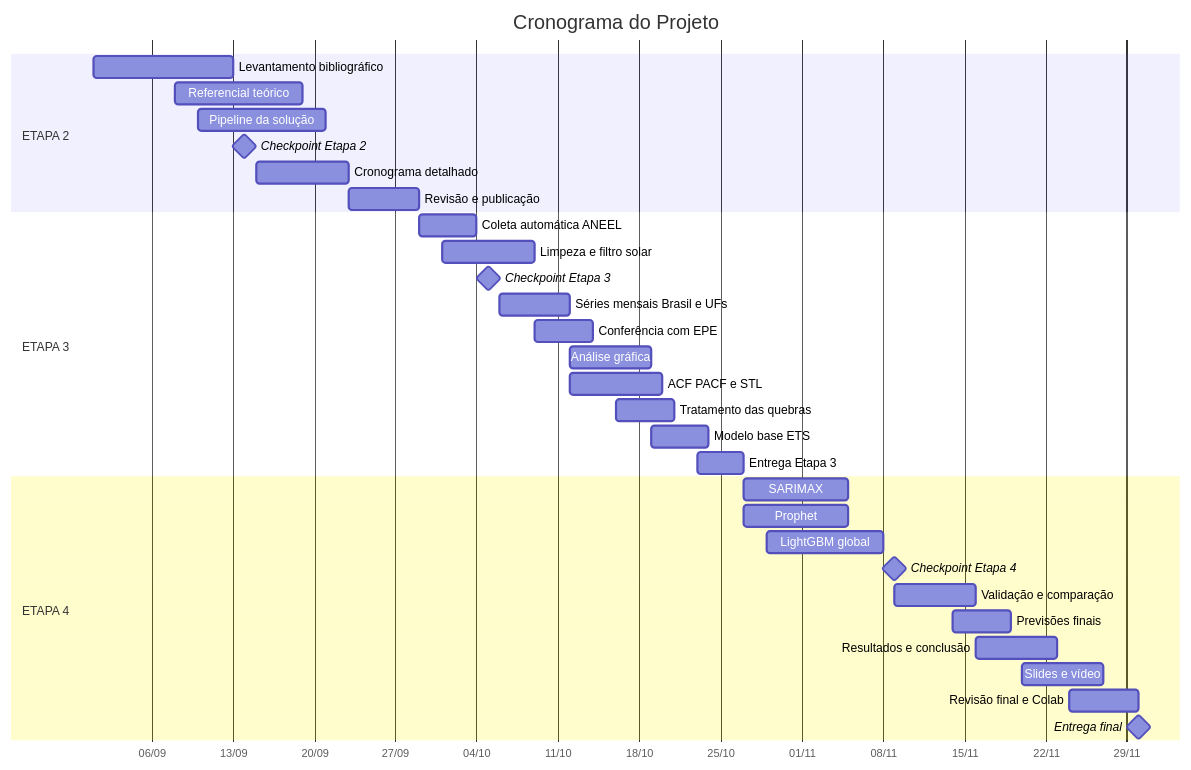
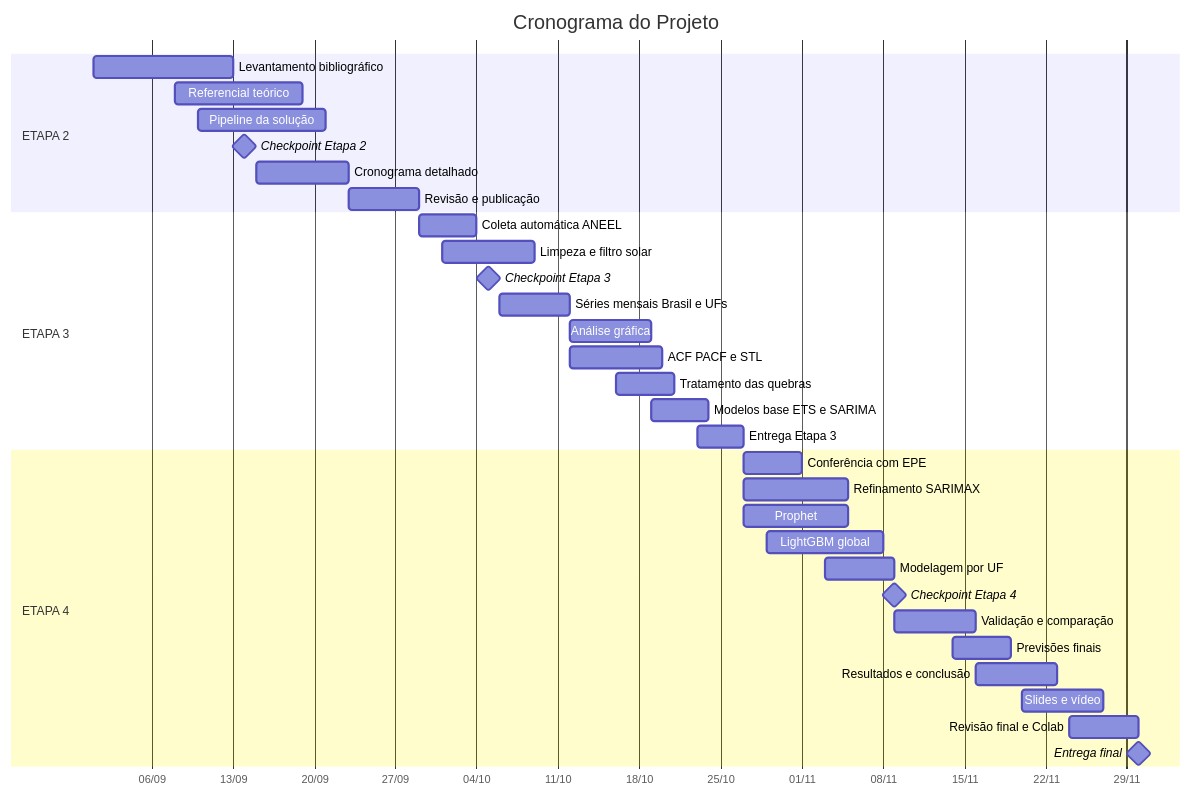
The diagram in Cronograma.md (EnzoFerroni/projeto-aplicado-iv-energia-solar), drawn with Mermaid before and after one commit. The commit also changed other lines of this file and 19 other files, not shown here.

Commit message:
feat: etapa 3 - EDA, pré-processamento e modelos base (ETS e SARIMA)

````diff
--- a/Cronograma.md
+++ b/Cronograma.md
@@ -56,35 +57,36 @@
 ```mermaid
 gantt
     title Cronograma do Projeto
     dateFormat  YYYY-MM-DD
     axisFormat  %d/%m
     section ETAPA 2
     Levantamento bibliográfico :2026-09-01, 12d
     Referencial teórico :2026-09-08, 11d
     Pipeline da solução :2026-09-10, 11d
     Checkpoint Etapa 2 :milestone, 2026-09-14, 0d
     Cronograma detalhado :2026-09-15, 8d
     Revisão e publicação :2026-09-23, 6d
     section ETAPA 3
     Coleta automática ANEEL :2026-09-29, 5d
     Limpeza e filtro solar :2026-10-01, 8d
     Checkpoint Etapa 3 :milestone, 2026-10-05, 0d
     Séries mensais Brasil e UFs :2026-10-06, 6d
-    Conferência com EPE :2026-10-09, 5d
     Análise gráfica :2026-10-12, 7d
     ACF PACF e STL :2026-10-12, 8d
     Tratamento das quebras :2026-10-16, 5d
-    Modelo base ETS :2026-10-19, 5d
+    Modelos base ETS e SARIMA :2026-10-19, 5d
     Entrega Etapa 3 :2026-10-23, 4d
     section ETAPA 4
-    SARIMAX :2026-10-27, 9d
+    Conferência com EPE :2026-10-27, 5d
+    Refinamento SARIMAX :2026-10-27, 9d
     Prophet :2026-10-27, 9d
     LightGBM global :2026-10-29, 10d
+    Modelagem por UF :2026-11-03, 6d
     Checkpoint Etapa 4 :milestone, 2026-11-09, 0d
     Validação e comparação :2026-11-09, 7d
     Previsões finais :2026-11-14, 5d
     Resultados e conclusão :2026-11-16, 7d
     Slides e vídeo :2026-11-20, 7d
     Revisão final e Colab :2026-11-24, 6d
     Entrega final :milestone, 2026-11-30, 0d
 ```
````
